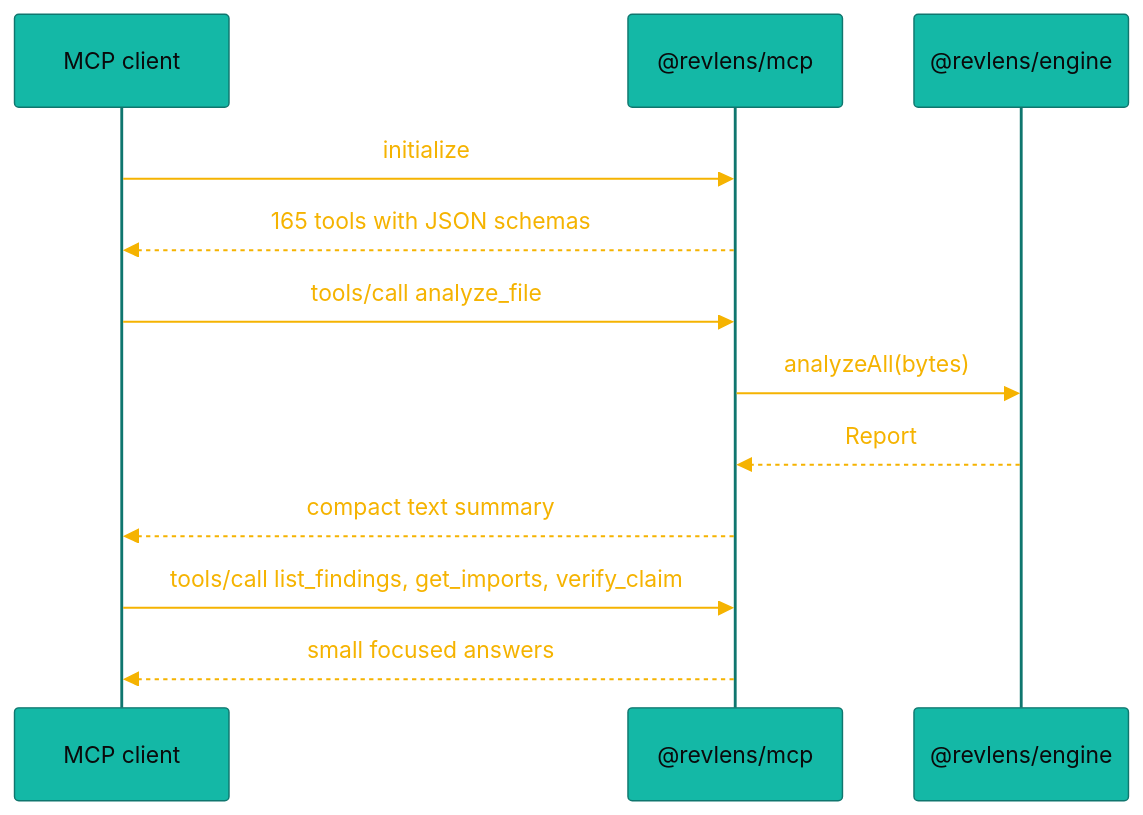
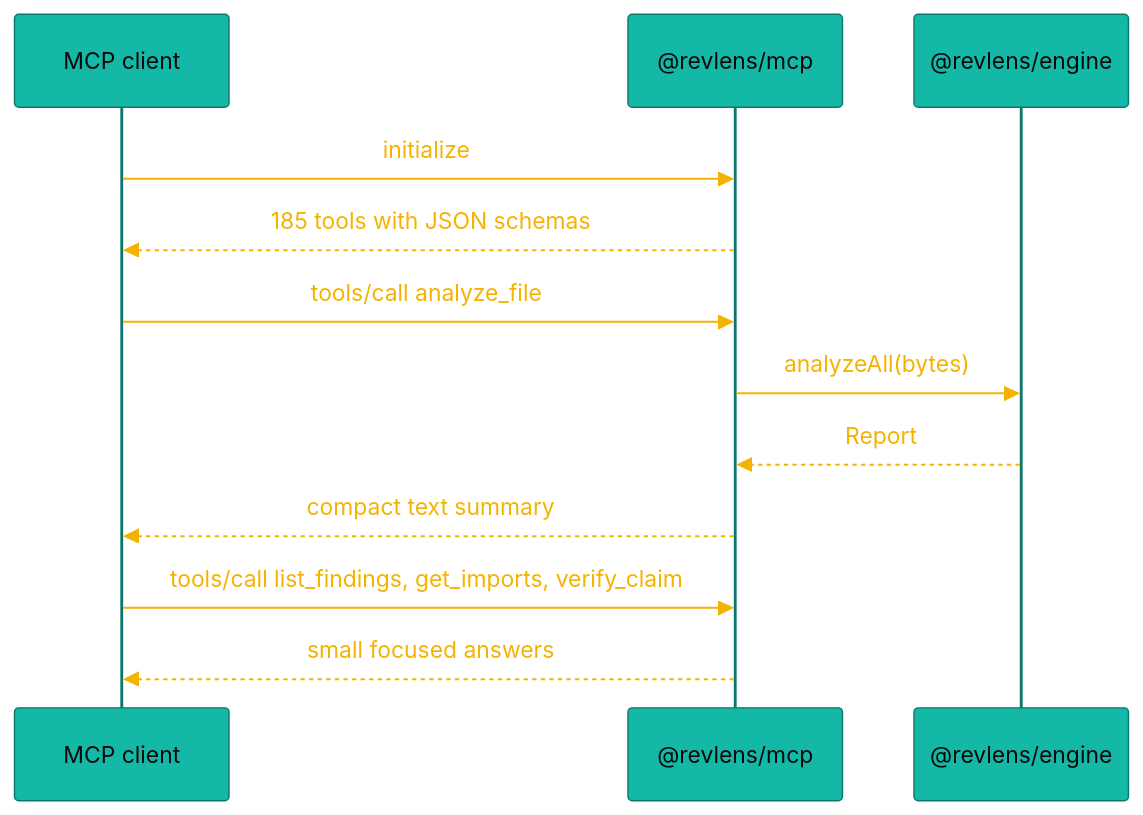
The third of 3 diagrams in docs/architecture.md (aniruddhaadak80/re), drawn with Mermaid before and after one commit. The commit also changed other lines of this file and 24 other files, not shown here.

````diff
--- a/docs/architecture.md
+++ b/docs/architecture.md
@@ -147,15 +147,15 @@
 ```mermaid
 %%{init: {"theme": "base", "themeVariables": {"primaryColor": "#14B8A6", "primaryTextColor": "#0A0A0B", "primaryBorderColor": "#0F766E", "lineColor": "#F5B301", "actorBkg": "#14B8A6", "actorTextColor": "#0A0A0B", "signalColor": "#F5B301", "signalTextColor": "#F5B301", "noteBkgColor": "#FFD166", "noteTextColor": "#0A0A0B"}}}%%
 sequenceDiagram
   participant C as MCP client
   participant S as @revlens/mcp
   participant K as @revlens/engine
   C->>S: initialize
-  S-->>C: 165 tools with JSON schemas
+  S-->>C: 185 tools with JSON schemas
   C->>S: tools/call analyze_file
   S->>K: analyzeAll(bytes)
   K-->>S: Report
   S-->>C: compact text summary
   C->>S: tools/call list_findings, get_imports, verify_claim
   S-->>C: small focused answers
 ```
````
